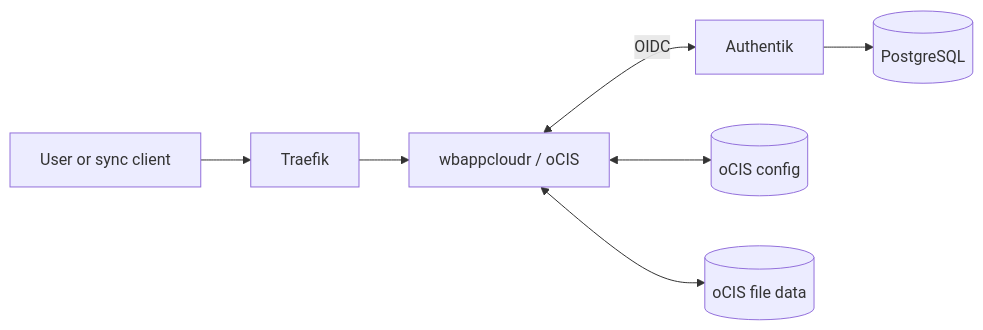
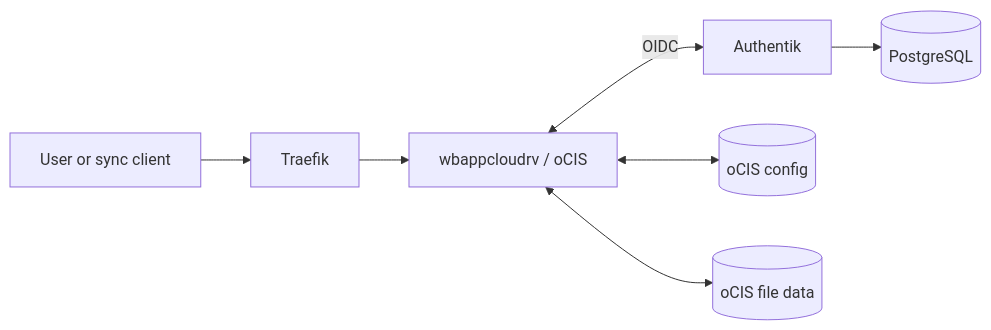
One commit to yongxinL/servicehub changed the second of 7 diagrams in docs/architecture/DATA-FLOW.md. Above: the diagram before and after it, drawn with Mermaid. The commit also changed 14 other files, not shown here.

````diff
--- a/docs/architecture/DATA-FLOW.md
+++ b/docs/architecture/DATA-FLOW.md
@@ -64,9 +64,9 @@
 ```mermaid
 flowchart LR
     U[User or sync client] --> T[Traefik]
-    T --> O[wbappcloudr / oCIS]
+    T --> O[wbappcloudrv / oCIS]
     O <-->|OIDC| A[Authentik]
     A --> P[(PostgreSQL)]
     O <--> C[(oCIS config)]
     O <--> D[(oCIS file data)]
 ```
````
